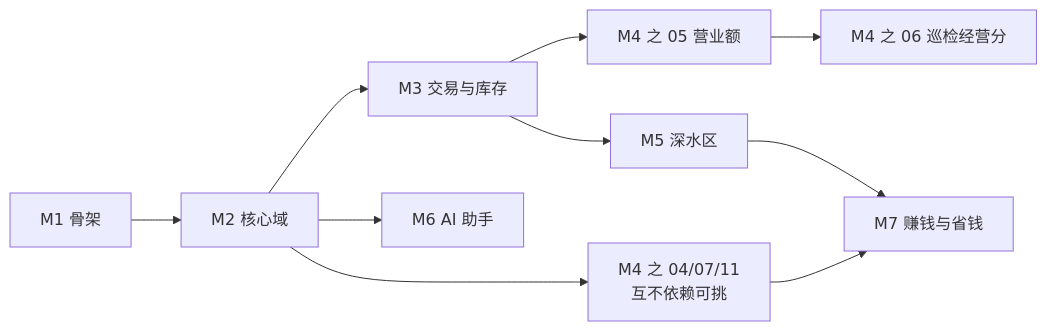
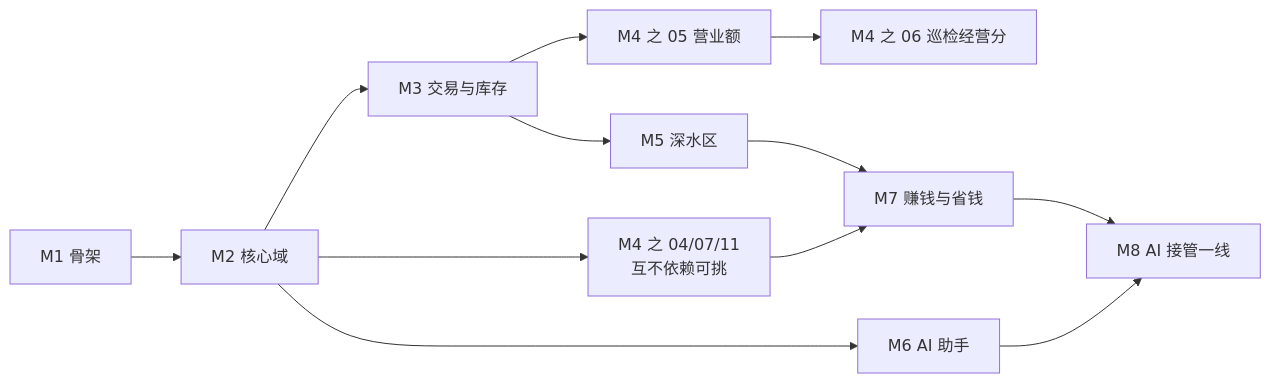
Before and after one commit to lofty14/restaurant-digitalization-blueprint: the diagram in 05-replication/README.md, drawn with Mermaid. The commit also changed other lines of this file and 33 other files, not shown here.

````diff
--- a/05-replication/README.md
+++ b/05-replication/README.md
@@ -37,12 +38,14 @@
 ```mermaid
 graph LR
     M1[M1 骨架] --> M2[M2 核心域]
     M2 --> M3[M3 交易与库存]
     M2 --> M4["M4 之 04/07/11<br/>互不依赖可挑"]
     M3 --> T05[M4 之 05 营业额]
     T05 --> T06[M4 之 06 巡检经营分]
     M3 --> M5[M5 深水区]
     M2 --> M6[M6 AI 助手]
     M5 --> M7[M7 赚钱与省钱]
     M4 --> M7
+    M6 --> M8["M8 AI 接管一线"]
+    M7 --> M8
 ```
````
